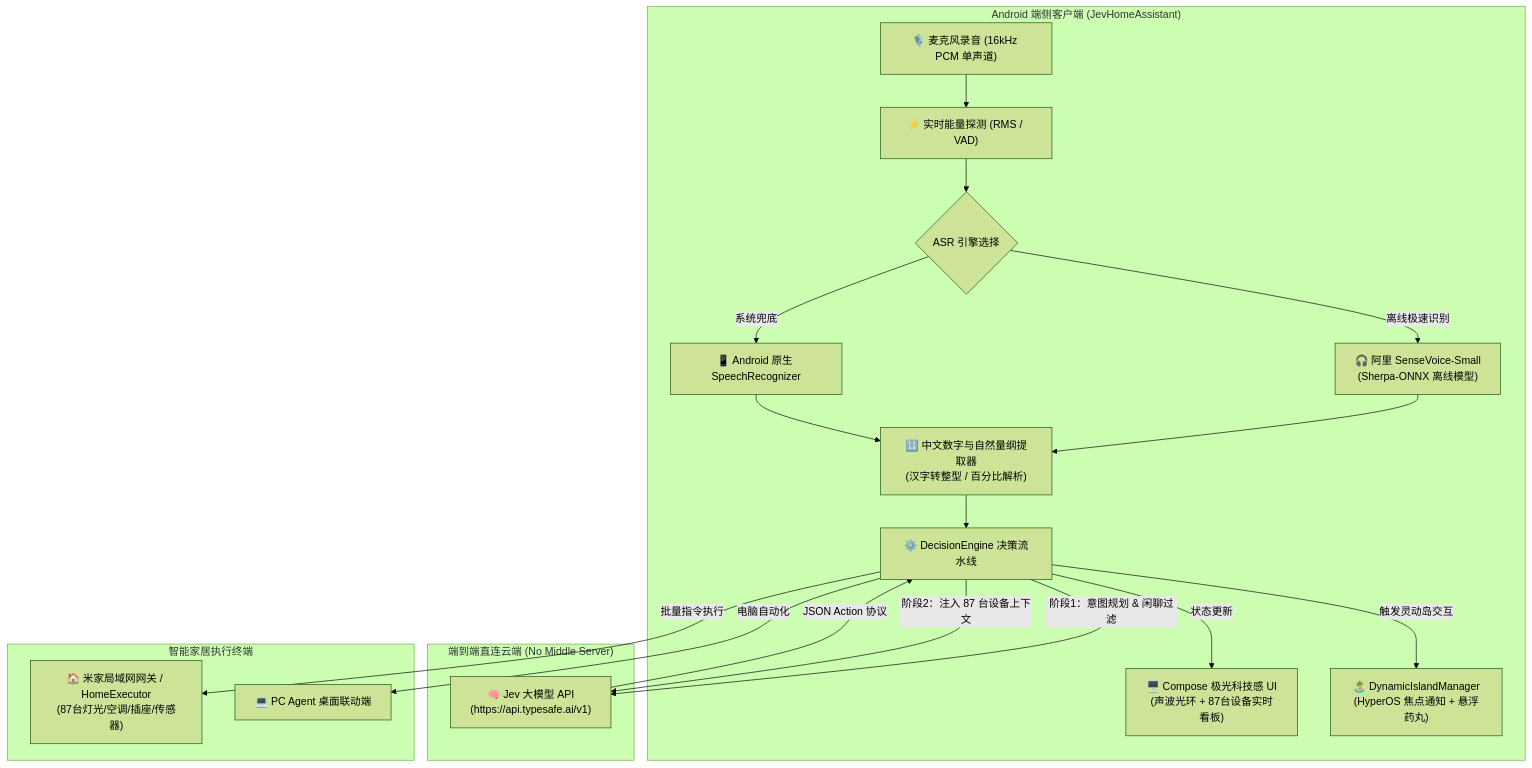
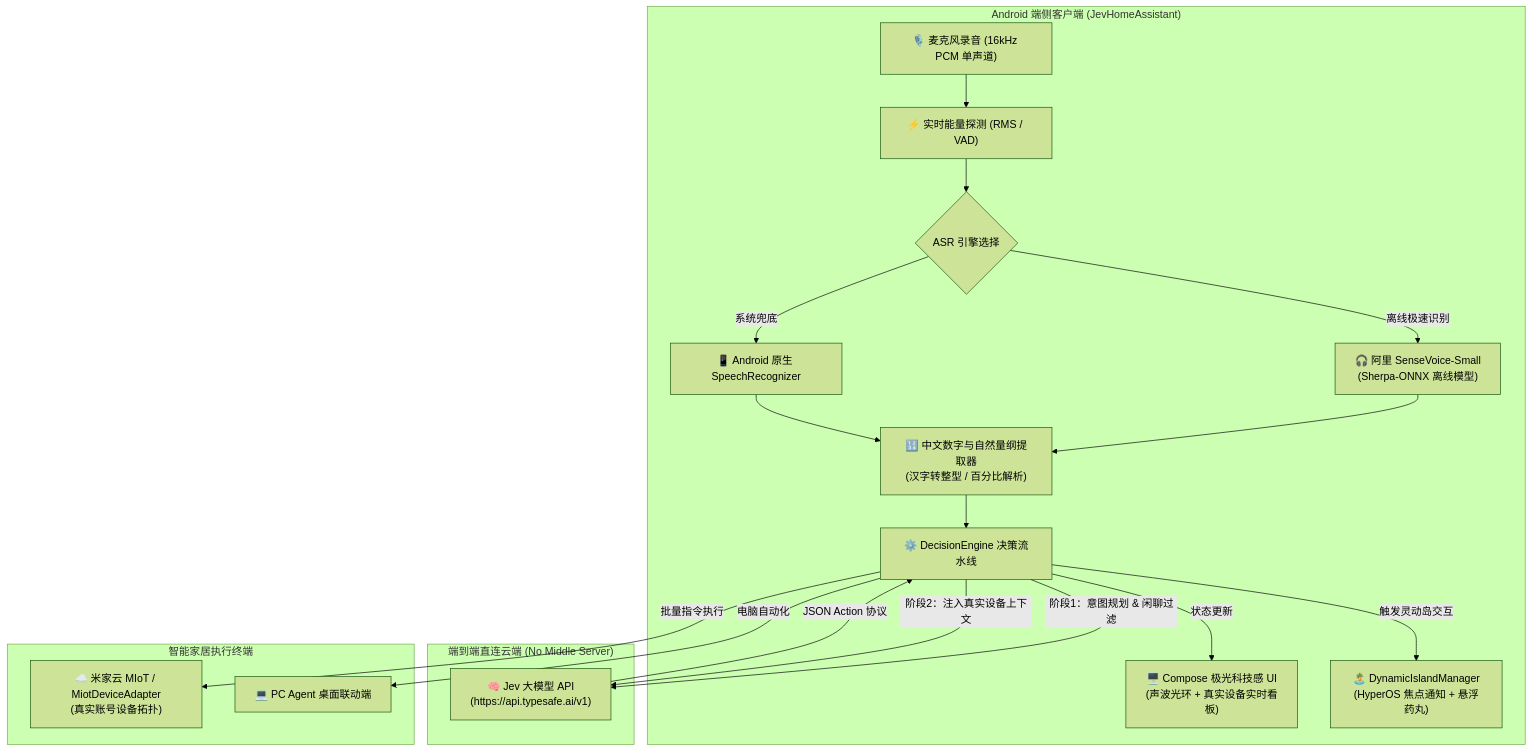
Before and after one commit to wantosure/JevHomeAssistant: the diagram in README.md, drawn with Mermaid (forest theme). The commit also changed other lines of this file and 67 other files, not shown here.

First line of the commit message:
feat: integrate real Mijia (MIoT) cloud control, replacing the simulated device catalog

````diff
--- a/README.md
+++ b/README.md
@@ -67,37 +67,37 @@
 ```mermaid
 flowchart TD
     subgraph Client ["Android 端侧客户端 (JevHomeAssistant)"]
         MIC["🎙️ 麦克风录音 (16kHz PCM 单声道)"]
         VAD["⚡ 实时能量探测 (RMS / VAD)"]
         ASR{"ASR 引擎选择"}
         SENSE["🎧 阿里 SenseVoice-Small<br/>(Sherpa-ONNX 离线模型)"]
         SYS_ASR["📱 Android 原生 SpeechRecognizer"]
         PARSER["🔢 中文数字与自然量纲提取器<br/>(汉字转整型 / 百分比解析)"]
         ENGINE["⚙️ DecisionEngine 决策流水线"]
-        UI["🖥️ Compose 极光科技感 UI<br/>(声波光环 + 87台设备实时看板)"]
+        UI["🖥️ Compose 极光科技感 UI<br/>(声波光环 + 真实设备实时看板)"]
         ISLAND["🏝️ DynamicIslandManager<br/>(HyperOS 焦点通知 + 悬浮药丸)"]
     end
 
     subgraph Cloud ["端到端直连云端 (No Middle Server)"]
         JEV["🧠 Jev 大模型 API<br/>(https://api.typesafe.ai/v1)"]
     end
 
     subgraph SmartHome ["智能家居执行终端"]
-        MIJIA["🏠 米家局域网网关 / HomeExecutor<br/>(87台灯光/空调/插座/传感器)"]
+        MIJIA["☁️ 米家云 MIoT / MiotDeviceAdapter<br/>(真实账号设备拓扑)"]
         PC["💻 PC Agent 桌面联动端"]
     end
 
     MIC --> VAD --> ASR
     ASR -->|离线极速识别| SENSE
     ASR -->|系统兜底| SYS_ASR
     SENSE --> PARSER
     SYS_ASR --> PARSER
     PARSER --> ENGINE
     ENGINE -->|阶段1：意图规划 & 闲聊过滤| JEV
-    ENGINE -->|阶段2：注入 87 台设备上下文| JEV
+    ENGINE -->|阶段2：注入真实设备上下文| JEV
     JEV -->|JSON Action 协议| ENGINE
     ENGINE -->|状态更新| UI
     ENGINE -->|触发灵动岛交互| ISLAND
     ENGINE -->|批量指令执行| MIJIA
     ENGINE -->|电脑自动化| PC
 ```
````
